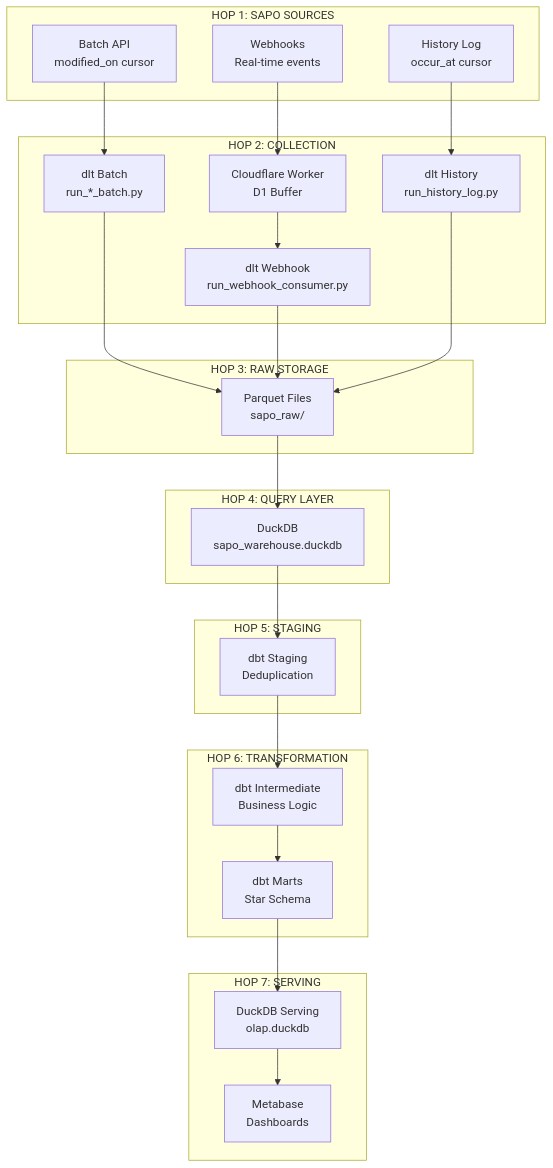
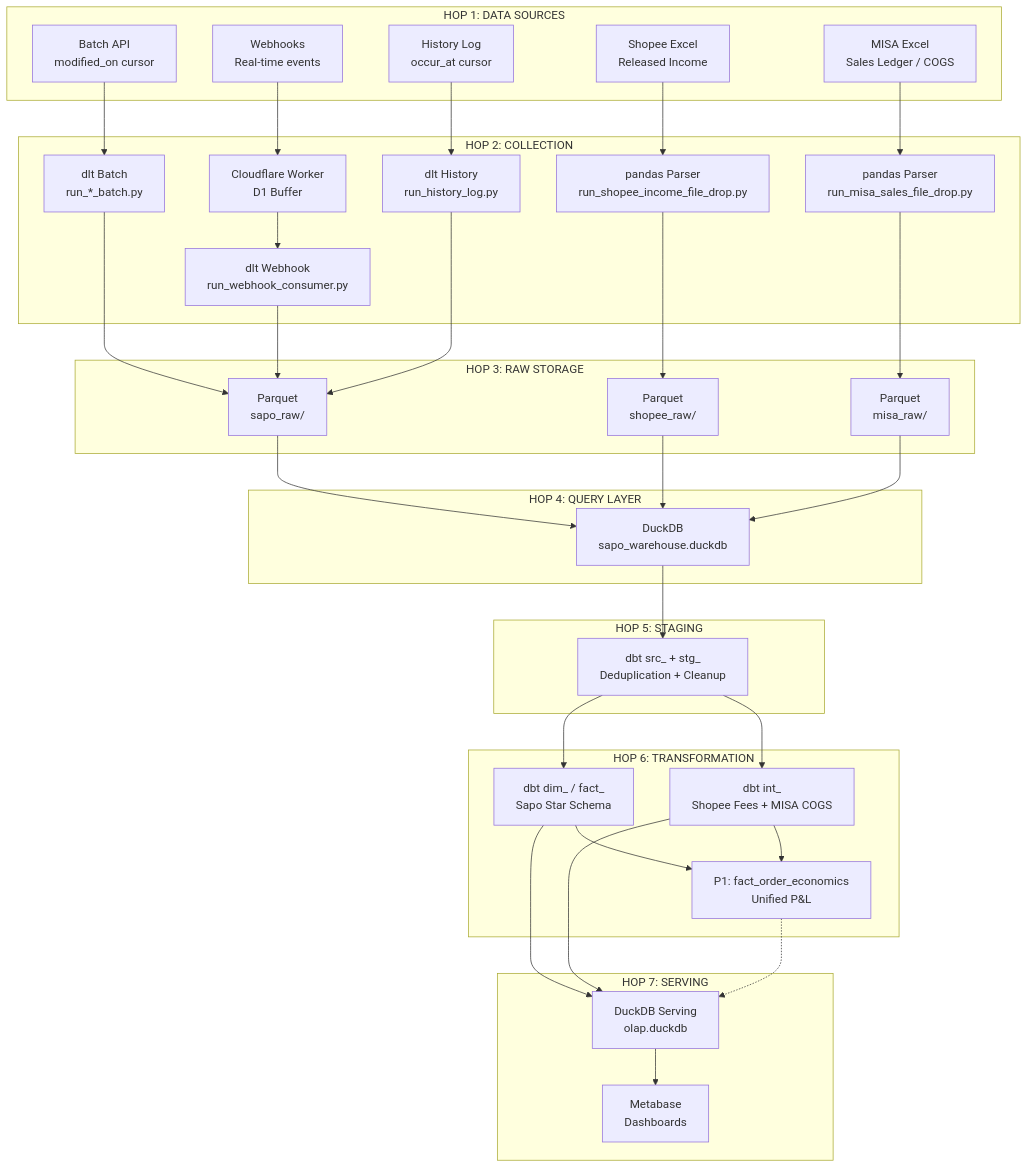
The diagram in docs/architecture/data-flow.md (vantt/data-integration), drawn with Mermaid before and after one commit. The commit also changed other lines of this file and 10 other files, not shown here.

````diff
--- a/docs/architecture/data-flow.md
+++ b/docs/architecture/data-flow.md
@@ -18,53 +21,70 @@
 ```mermaid
 flowchart TB
-    subgraph HOP1["HOP 1: SAPO SOURCES"]
+    subgraph HOP1["HOP 1: DATA SOURCES"]
         BA[Batch API<br/>modified_on cursor]
         WH[Webhooks<br/>Real-time events]
         HL[History Log<br/>occur_at cursor]
+        SPE[Shopee Excel<br/>Released Income]
+        MISA[MISA Excel<br/>Sales Ledger / COGS]
     end
 
     subgraph HOP2["HOP 2: COLLECTION"]
         DLT_B[dlt Batch<br/>run_*_batch.py]
         CF[Cloudflare Worker<br/>D1 Buffer]
         DLT_H[dlt History<br/>run_history_log.py]
         DLT_W[dlt Webhook<br/>run_webhook_consumer.py]
+        FD_S[pandas Parser<br/>run_shopee_income_file_drop.py]
+        FD_M[pandas Parser<br/>run_misa_sales_file_drop.py]
     end
 
     subgraph HOP3["HOP 3: RAW STORAGE"]
-        PQ[Parquet Files<br/>sapo_raw/]
+        PQ_SAPO[Parquet<br/>sapo_raw/]
+        PQ_SHOP[Parquet<br/>shopee_raw/]
+        PQ_MISA[Parquet<br/>misa_raw/]
     end
 
     subgraph HOP4["HOP 4: QUERY LAYER"]
         DUCK[DuckDB<br/>sapo_warehouse.duckdb]
     end
 
     subgraph HOP5["HOP 5: STAGING"]
-        STG[dbt Staging<br/>Deduplication]
+        STG[dbt src_ + stg_<br/>Deduplication + Cleanup]
     end
 
     subgraph HOP6["HOP 6: TRANSFORMATION"]
-        INT[dbt Intermediate<br/>Business Logic]
-        MART[dbt Marts<br/>Star Schema]
+        INT_SAPO[dbt dim_ / fact_<br/>Sapo Star Schema]
+        INT_ENRICH[dbt int_<br/>Shopee Fees + MISA COGS]
+        ECON[P1: fact_order_economics<br/>Unified P&L]
     end
 
     subgraph HOP7["HOP 7: SERVING"]
         SERVE[DuckDB Serving<br/>olap.duckdb]
         MB[Metabase<br/>Dashboards]
     end
 
     BA --> DLT_B
     WH --> CF
     HL --> DLT_H
     CF --> DLT_W
+    SPE --> FD_S
+    MISA --> FD_M
 
-    DLT_B --> PQ
-    DLT_W --> PQ
-    DLT_H --> PQ
+    DLT_B --> PQ_SAPO
+    DLT_W --> PQ_SAPO
+    DLT_H --> PQ_SAPO
+    FD_S --> PQ_SHOP
+    FD_M --> PQ_MISA
 
-    PQ --> DUCK
+    PQ_SAPO --> DUCK
+    PQ_SHOP --> DUCK
+    PQ_MISA --> DUCK
     DUCK --> STG
-    STG --> INT
-    INT --> MART
-    MART --> SERVE
+    STG --> INT_SAPO
+    STG --> INT_ENRICH
+    INT_SAPO --> ECON
+    INT_ENRICH --> ECON
+    INT_SAPO --> SERVE
+    INT_ENRICH --> SERVE
+    ECON -.-> SERVE
     SERVE --> MB
 ```
````
